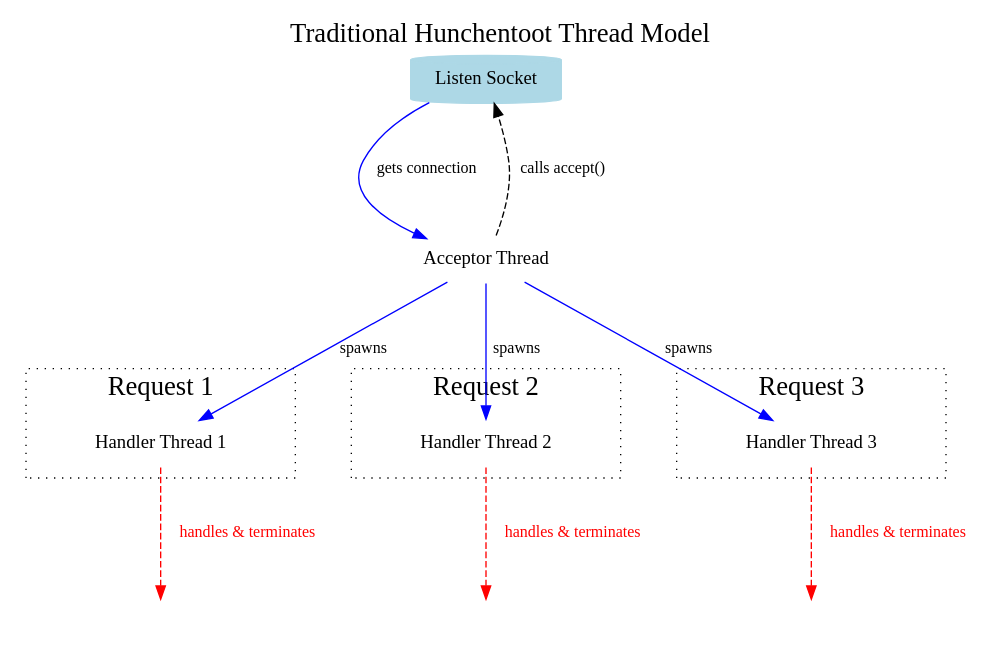
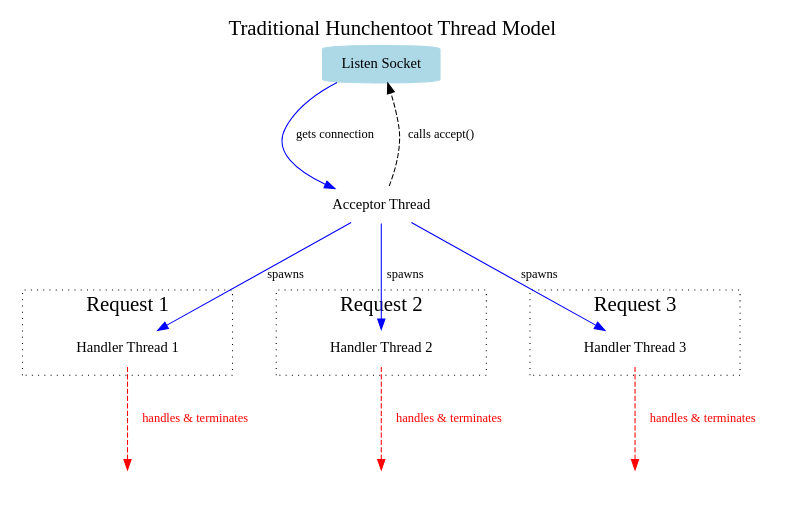
Before and after one commit to y2q-actionman/hunchentoot-recycling-taskmaster: the diagram in pics/hunchentoot-architecture.dot, drawn with Graphviz. The commit also changed 6 other files, not shown here.

```diff
--- a/pics/hunchentoot-architecture.dot
+++ b/pics/hunchentoot-architecture.dot
@@ -1,46 +1,48 @@
 digraph traditional_architecture {
+    size="8,6";
+    
     rankdir=TB;
     splines=true;
     nodesep=0.8;
     ranksep=1.2;
 
     fontsize=20;
     labelloc="t";
     label="Traditional Hunchentoot Thread Model";
 
     node [style=filled, color=white, shape=ellipse, fontsize=14];
     edge [fontsize=12];
 
     listen_socket [label="Listen Socket", shape=cylinder, style=filled, color=lightblue];
 
     acceptor [label="Acceptor Thread"];
     
     acceptor -> listen_socket [label="calls accept()", style=dashed];
     listen_socket -> acceptor [label="gets connection", color=blue];
     
     subgraph cluster_req1 {
         label="Request 1";
         style=dotted;
         handler_1 [label="Handler Thread 1"];
     }
 
     subgraph cluster_req2 {
         label="Request 2";
         style=dotted;
         handler_2 [label="Handler Thread 2"];
     }
 
     subgraph cluster_req3 {
         label="Request 3";
         style=dotted;
         handler_3 [label="Handler Thread 3"];
     }
 
     acceptor -> handler_1 [label="spawns", color=blue];
     acceptor -> handler_2 [label="spawns", color=blue];
     acceptor -> handler_3 [label="spawns", color=blue];
     
     handler_1 -> "" [label="handles & terminates", shape=plaintext, fontcolor=red, color=red, style=dashed];
     handler_2 -> " " [label="handles & terminates", shape=plaintext, fontcolor=red, color=red, style=dashed];
     handler_3 -> "  " [label="handles & terminates", shape=plaintext, fontcolor=red, color=red, style=dashed];
 }
```
